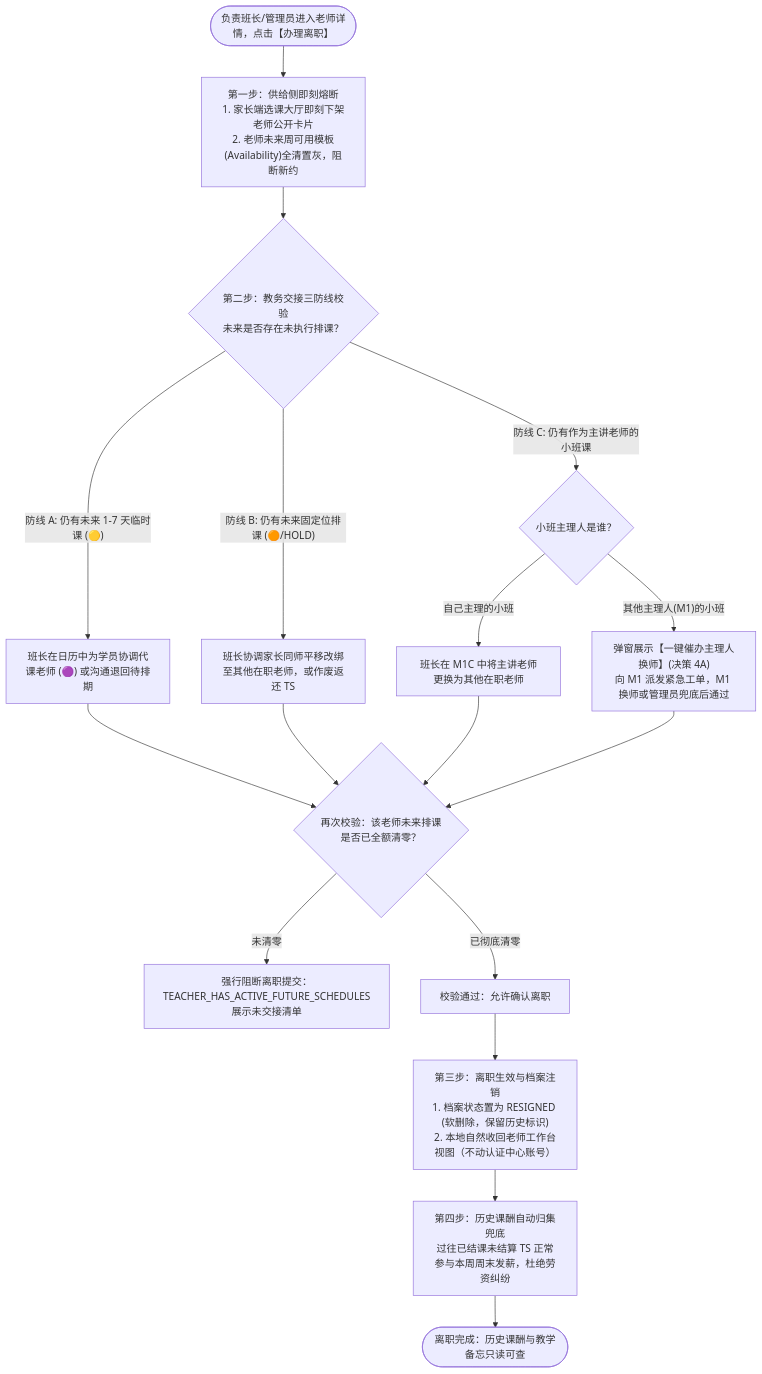
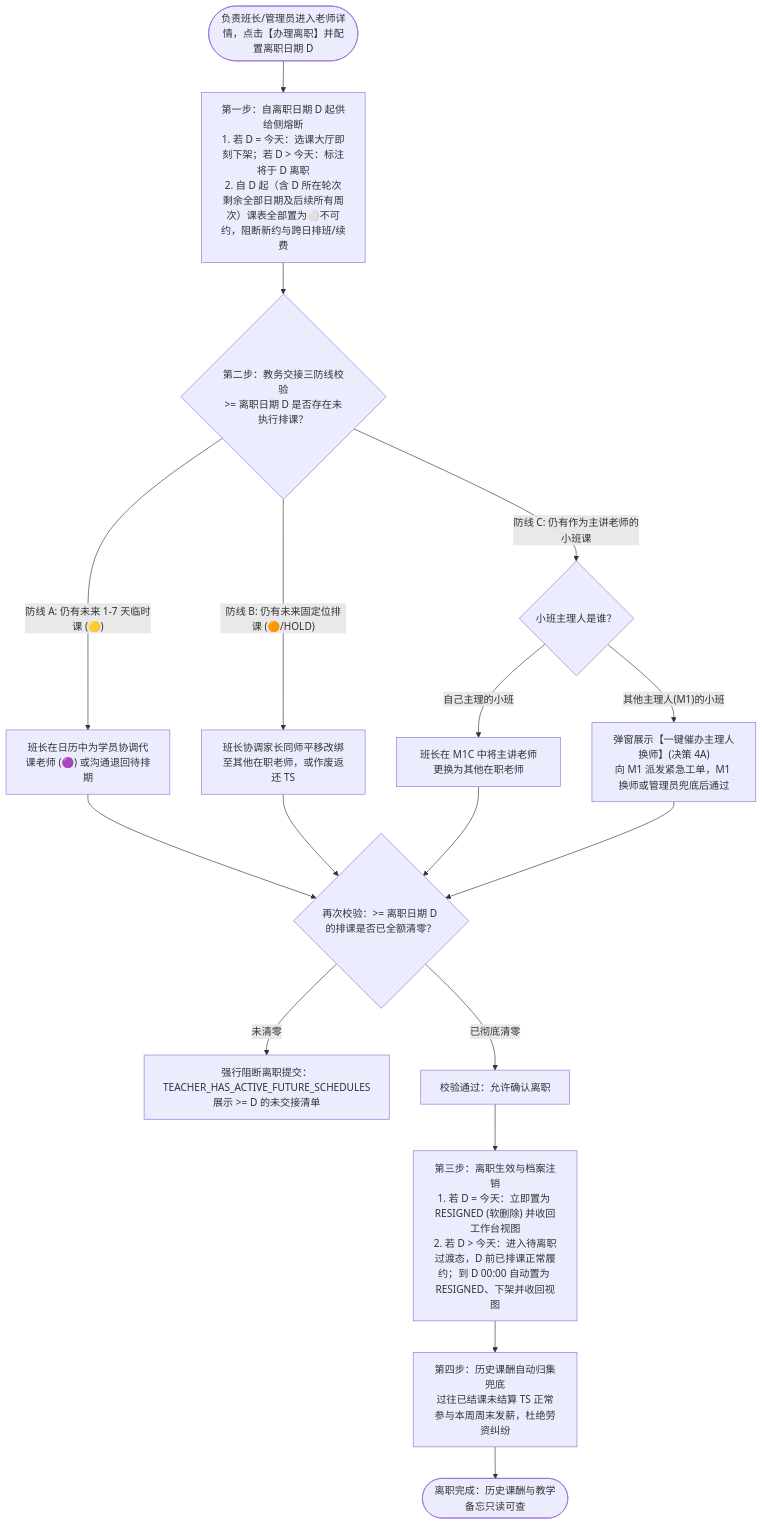
One commit to Onezao/dream changed the fifth of 7 diagrams in docs/prd/m1b_teacher_profile.md. Above: the diagram before and after it, drawn with Mermaid. The commit also changed other lines of this file and 27 other files, not shown here.

````diff
--- a/docs/prd/m1b_teacher_profile.md
+++ b/docs/prd/m1b_teacher_profile.md
@@ -149,20 +149,20 @@
 ```mermaid
 flowchart TD
-    Start(["负责班长/管理员进入老师详情，点击【办理离职】"]) --> DisallowNew["第一步：供给侧即刻熔断\n1. 家长端选课大厅即刻下架老师公开卡片\n2. 老师未来周可用模板(Availability)全清置灰，阻断新约"]
+    Start(["负责班长/管理员进入老师详情，点击【办理离职】并配置离职日期 D"]) --> DisallowNew["第一步：自离职日期 D 起供给侧熔断\n1. 若 D = 今天：选课大厅即刻下架；若 D > 今天：标注将于 D 离职\n2. 自 D 起（含 D 所在轮次剩余全部日期及后续所有周次）课表全部置为⚪不可约，阻断新约与跨日排班/续费"]
     
-    DisallowNew --> CheckSchedules{"第二步：教务交接三防线校验\n未来是否存在未执行排课？"}
+    DisallowNew --> CheckSchedules{"第二步：教务交接三防线校验\n>= 离职日期 D 是否存在未执行排课？"}
     
     CheckSchedules -->|"防线 A: 仍有未来 1-7 天临时课 (🟡)"| ResolveA["班长在日历中为学员协调代课老师 (🟣) 或沟通退回待排期"]
     CheckSchedules -->|"防线 B: 仍有未来固定位排课 (🟠/HOLD)"| ResolveB["班长协调家长同师平移改绑至其他在职老师，或作废返还 TS"]
     CheckSchedules -->|"防线 C: 仍有作为主讲老师的小班课"| CheckOwner{"小班主理人是谁？"}
     CheckOwner -->|"自己主理的小班"| SelfChange["班长在 M1C 中将主讲老师更换为其他在职老师"]
     CheckOwner -->|"其他主理人(M1)的小班"| CollabChange["弹窗展示【一键催办主理人换师】(决策 4A)\n向 M1 派发紧急工单，M1 换师或管理员兜底后通过"]
     
-    ResolveA & ResolveB & SelfChange & CollabChange --> Recheck{"再次校验：该老师未来排课是否已全额清零？"}
-    Recheck -->|"未清零"| BlockSubmit["强行阻断离职提交：TEACHER_HAS_ACTIVE_FUTURE_SCHEDULES\n展示未交接清单"]
+    ResolveA & ResolveB & SelfChange & CollabChange --> Recheck{"再次校验：>= 离职日期 D 的排课是否已全额清零？"}
+    Recheck -->|"未清零"| BlockSubmit["强行阻断离职提交：TEACHER_HAS_ACTIVE_FUTURE_SCHEDULES\n展示 >= D 的未交接清单"]
     Recheck -->|"已彻底清零"| PassInspection["校验通过：允许确认离职"]
     
-    PassInspection --> ExecDismiss["第三步：离职生效与档案注销\n1. 档案状态置为 RESIGNED (软删除，保留历史标识)\n2. 本地自然收回老师工作台视图（不动认证中心账号）"]
+    PassInspection --> ExecDismiss["第三步：离职生效与档案注销\n1. 若 D = 今天：立即置为 RESIGNED (软删除) 并收回工作台视图\n2. 若 D > 今天：进入待离职过渡态，D 前已排课正常履约；到 D 00:00 自动置为 RESIGNED、下架并收回视图"]
     ExecDismiss --> SettlePayroll["第四步：历史课酬自动归集兜底\n过往已结课未结算 TS 正常参与本周周末发薪，杜绝劳资纠纷"]
     SettlePayroll --> Done(["离职完成：历史课酬与教学备忘只读可查"])
 ```
````
